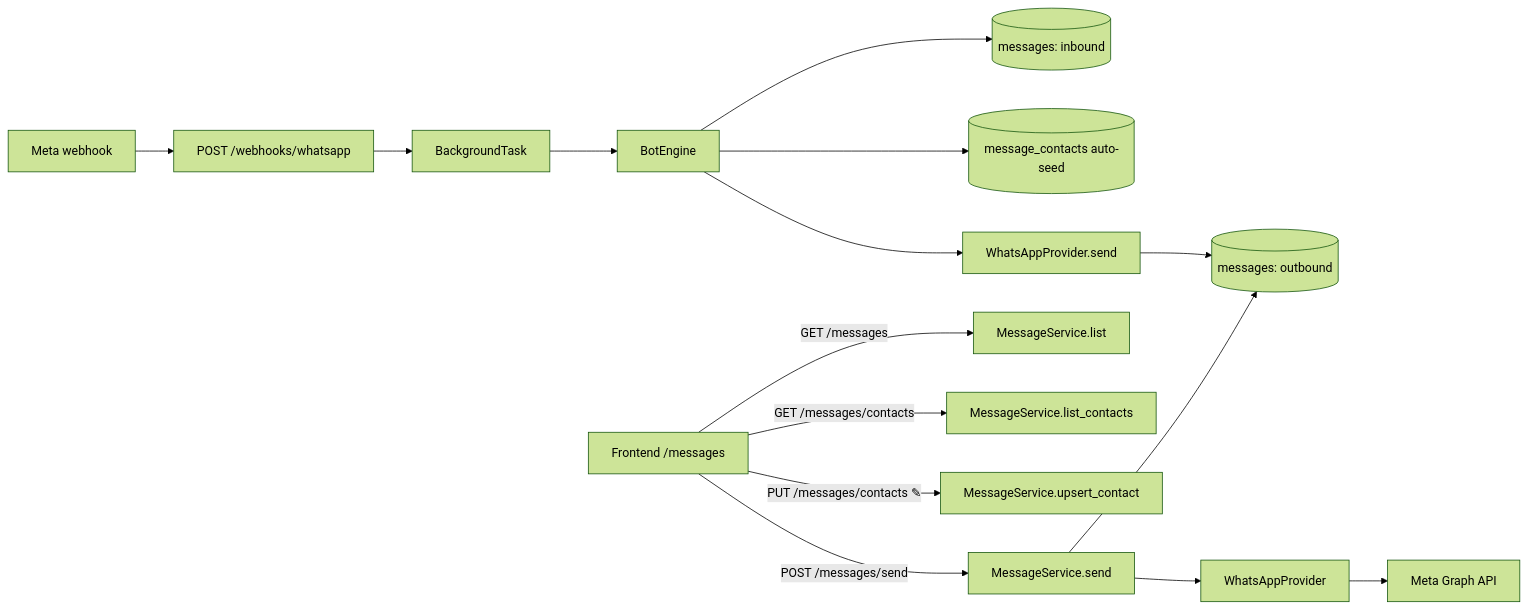
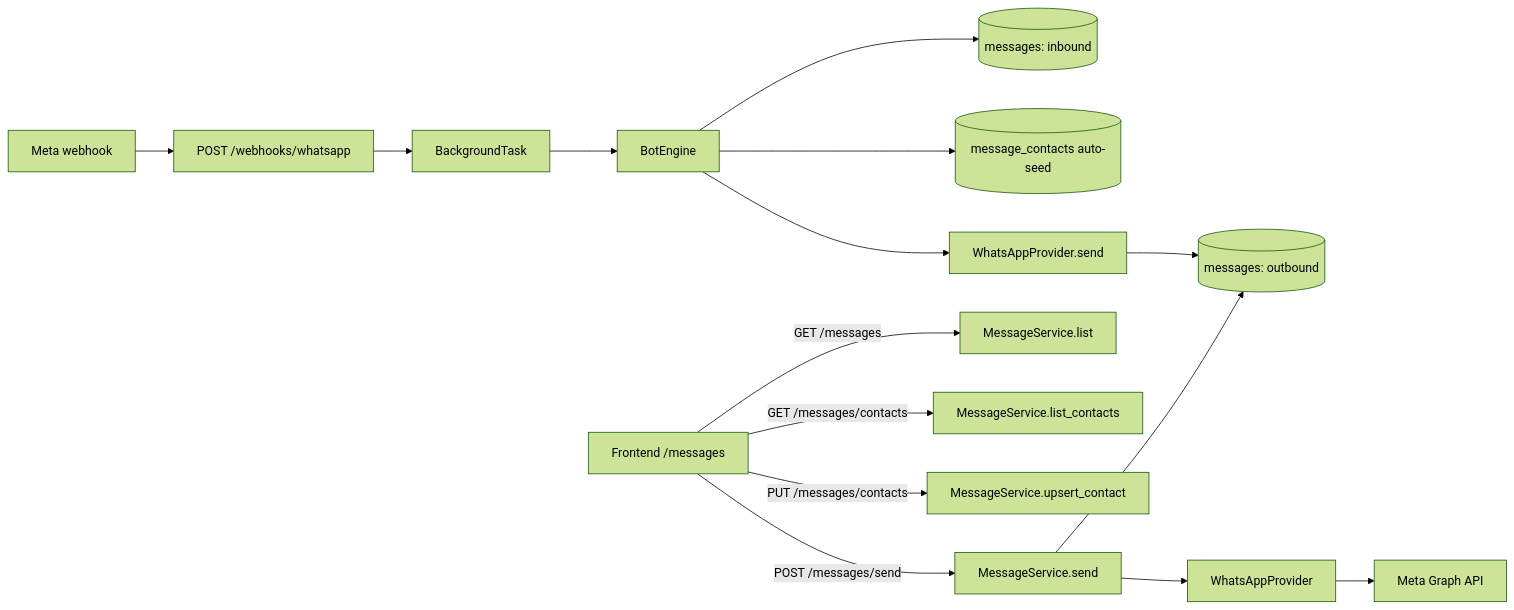
The third of 5 diagrams in whatsapp-api.md (BooPixel/boopixel-strategy), drawn with Mermaid (forest theme) before and after one commit. The commit also changed other lines of this file and 9 other files, not shown here.

````diff
--- a/whatsapp-api.md
+++ b/whatsapp-api.md
@@ -636,18 +636,18 @@
 ```mermaid
 flowchart LR
     Meta[Meta webhook] --> Router[POST /webhooks/whatsapp]
     Router --> BG[BackgroundTask]
     BG --> Bot[BotEngine]
     Bot --> SaveIn[(messages: inbound)]
     Bot --> SeedContact[(message_contacts auto-seed)]
     Bot --> Reply[WhatsAppProvider.send]
     Reply --> SaveOut[(messages: outbound)]
 
     FE[Frontend /messages] -->|GET /messages| List[MessageService.list]
     FE -->|GET /messages/contacts| ListC[MessageService.list_contacts]
-    FE -->|PUT /messages/contacts ✎| Upsert[MessageService.upsert_contact]
+    FE -->|PUT /messages/contacts | Upsert[MessageService.upsert_contact]
     FE -->|POST /messages/send| Send[MessageService.send]
     Send --> Provider[WhatsAppProvider]
     Provider --> MetaAPI[Meta Graph API]
     Send --> SaveOut
 ```
````
